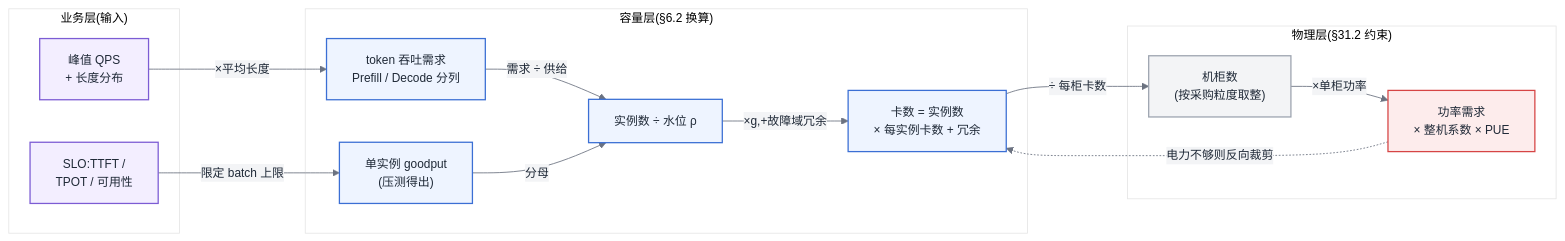
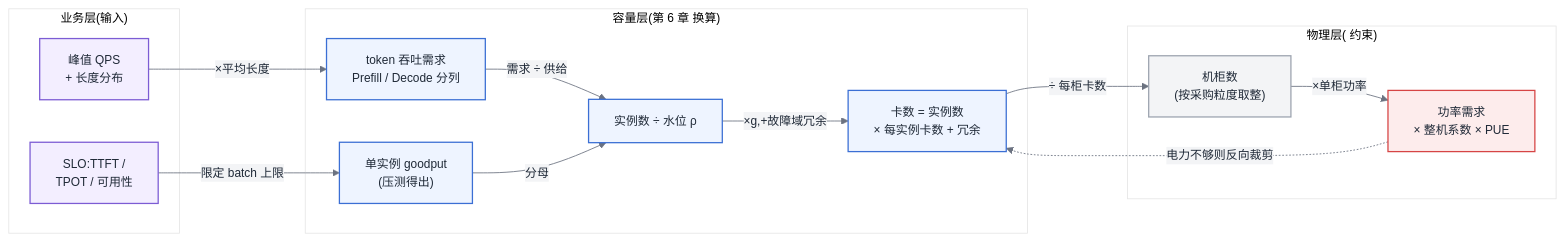
One commit to cdavid817/AI-Infra changed the first of 4 diagrams in 第七部分-工程化与治理/第31章-容量、成本与SLO.md. Above: the diagram before and after it, drawn with Mermaid. The commit also changed other lines of this file and 12 other files, not shown here.

Commit message:
mermaid 图内不再出现 §X.Y 小节引用:本章自引删除,跨章引用改为「第 X 章」表述(13 文件 28 处)

````diff
--- a/第七部分-工程化与治理/第31章-容量、成本与SLO.md
+++ b/第七部分-工程化与治理/第31章-容量、成本与SLO.md
@@ -45,35 +45,35 @@
 ```mermaid
 %%{init: {'theme':'base','themeVariables':{
   'primaryColor':'#EEF4FF','primaryBorderColor':'#3B6FD4','primaryTextColor':'#1F2937',
   'secondaryColor':'#F3F4F6','tertiaryColor':'#FFFFFF',
   'lineColor':'#6B7280','fontFamily':'-apple-system, Segoe UI, Helvetica, Arial, sans-serif','fontSize':'14px'
 }}}%%
 flowchart LR
   classDef compute fill:#EEF4FF,stroke:#3B6FD4,stroke-width:1.5px,color:#1F2937
   classDef control fill:#F3EEFF,stroke:#7C5CD4,stroke-width:1.5px,color:#1F2937
   classDef external fill:#F3F4F6,stroke:#9CA3AF,stroke-width:1.5px,color:#1F2937
   classDef bottleneck fill:#FDECEC,stroke:#D64545,stroke-width:1.5px,color:#1F2937
 
   subgraph biz["业务层(输入)"]
     QPS["峰值 QPS<br/>+ 长度分布"]:::control
     SLO["SLO:TTFT /<br/>TPOT / 可用性"]:::control
   end
-  subgraph cap["容量层(§6.2 换算)"]
+  subgraph cap["容量层(第 6 章 换算)"]
     TOK["token 吞吐需求<br/>Prefill / Decode 分列"]:::compute
     INST["单实例 goodput<br/>(压测得出)"]:::compute
     NUM["实例数 ÷ 水位 ρ"]:::compute
     GPU["卡数 = 实例数<br/>× 每实例卡数 + 冗余"]:::compute
   end
-  subgraph phy["物理层(§31.2 约束)"]
+  subgraph phy["物理层( 约束)"]
     RACK["机柜数<br/>(按采购粒度取整)"]:::external
     PWR["功率需求<br/>× 整机系数 × PUE"]:::bottleneck
   end
   QPS -->|"×平均长度"| TOK
   SLO -->|"限定 batch 上限"| INST
   TOK -->|"需求 ÷ 供给"| NUM
   INST -->|"分母"| NUM
   NUM -->|"×g,+故障域冗余"| GPU
   GPU -->|"÷ 每柜卡数"| RACK
   RACK -->|"×单柜功率"| PWR
   PWR -.->|"电力不够则反向裁剪"| GPU
 ```
````
